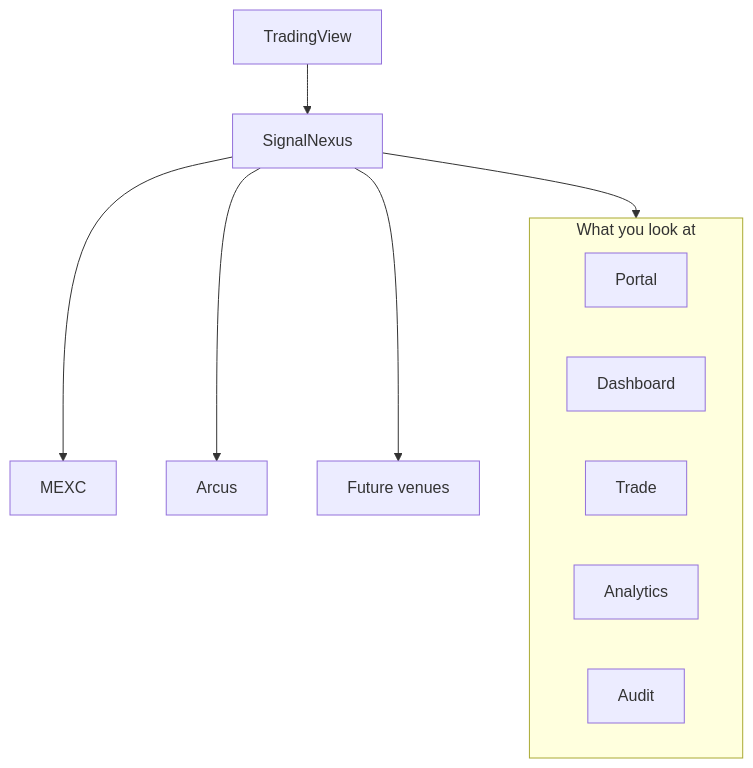
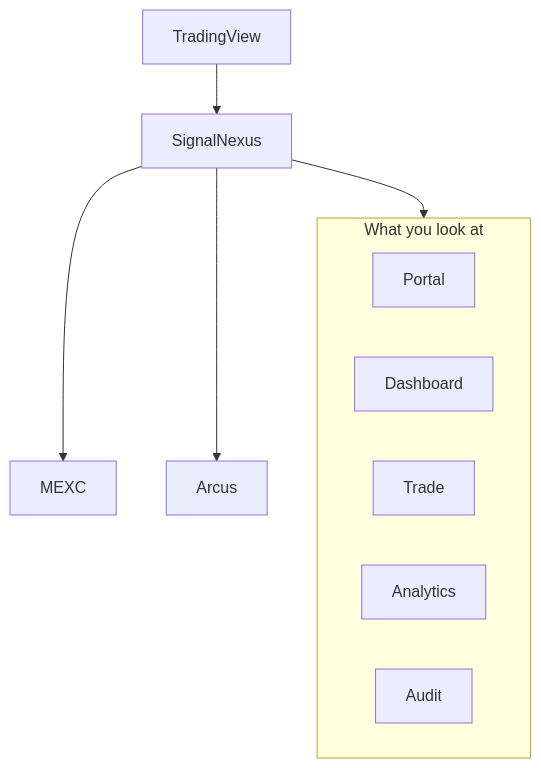
Before and after one commit to SignalNexus/signal-nexus: the second of 5 diagrams in docs/architecture/ARCHITECTURE.md, drawn with Mermaid. The commit also changed other lines of this file and 5 other files, not shown here.

````diff
--- a/docs/architecture/ARCHITECTURE.md
+++ b/docs/architecture/ARCHITECTURE.md
@@ -36,15 +36,14 @@
 ```mermaid
 graph TB
   TradingView --> SignalNexus
   SignalNexus --> MEXC
   SignalNexus --> Arcus
-  SignalNexus --> FutureVenues["Future venues"]
   SignalNexus --> Views
   subgraph Views["What you look at"]
     Portal
     Dashboard
     Trade
     Analytics
     Audit
   end
 ```
````
